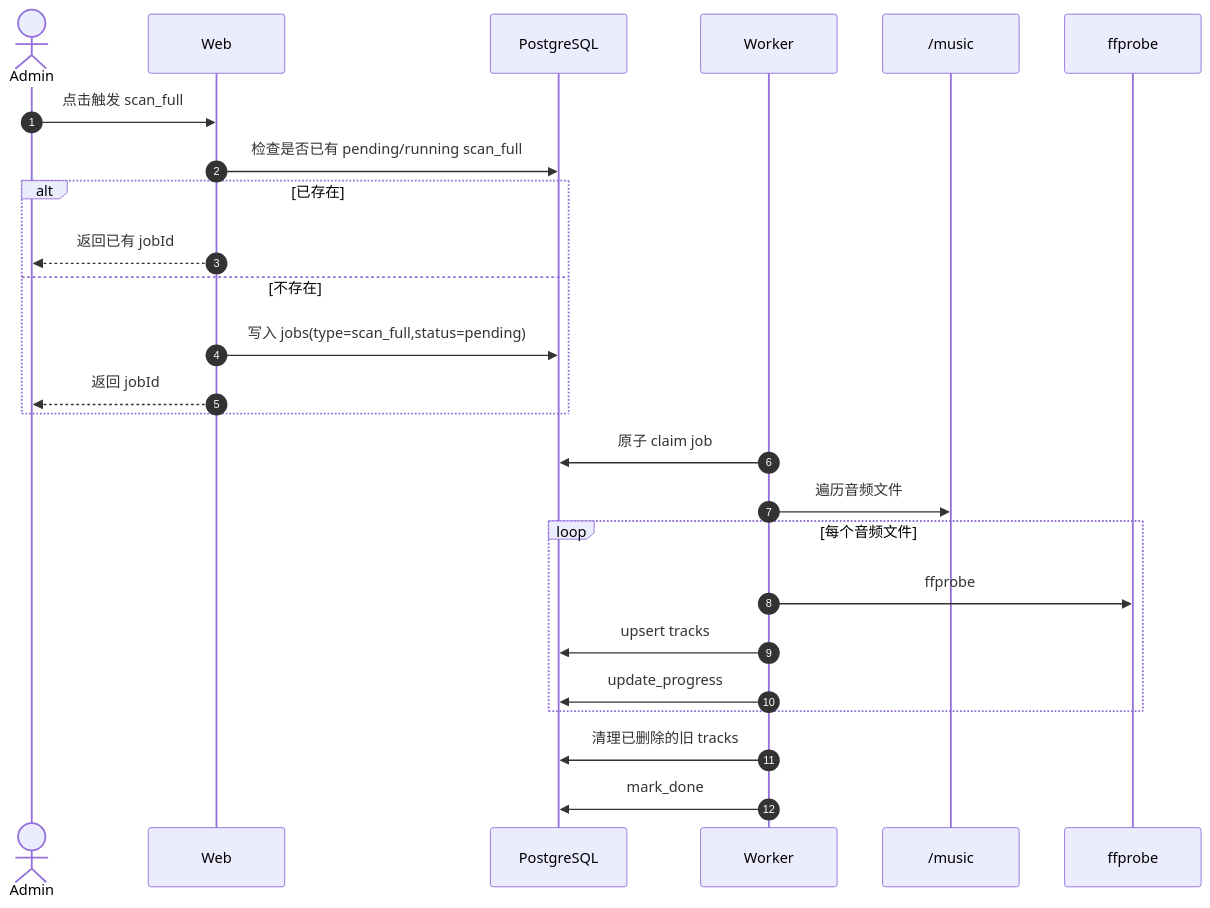
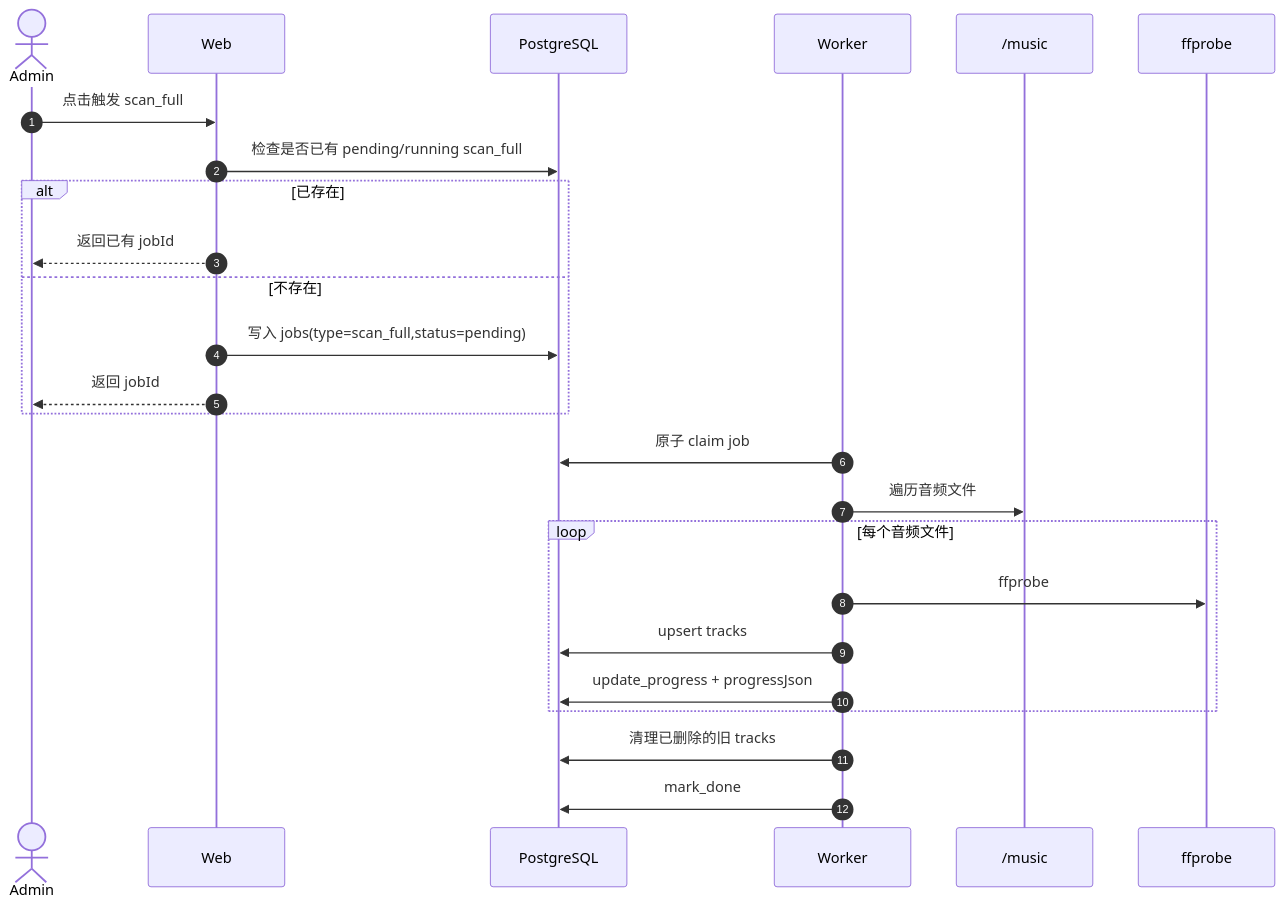
Before and after one commit to namehu/music-tagger: the third of 8 diagrams in docs/architecture.md, drawn with Mermaid. The commit also changed other lines of this file and 27 other files, not shown here.

````diff
--- a/docs/architecture.md
+++ b/docs/architecture.md
@@ -340,29 +342,29 @@
 ```mermaid
 sequenceDiagram
   autonumber
   actor A as Admin
   participant W as Web
   participant DB as PostgreSQL
   participant WK as Worker
   participant FS as /music
   participant FP as ffprobe
 
   A->>W: 点击触发 scan_full
   W->>DB: 检查是否已有 pending/running scan_full
   alt 已存在
     W-->>A: 返回已有 jobId
   else 不存在
     W->>DB: 写入 jobs(type=scan_full,status=pending)
     W-->>A: 返回 jobId
   end
 
   WK->>DB: 原子 claim job
   WK->>FS: 遍历音频文件
   loop 每个音频文件
     WK->>FP: ffprobe
     WK->>DB: upsert tracks
-    WK->>DB: update_progress
+    WK->>DB: update_progress + progressJson
   end
   WK->>DB: 清理已删除的旧 tracks
   WK->>DB: mark_done
 ```
````
